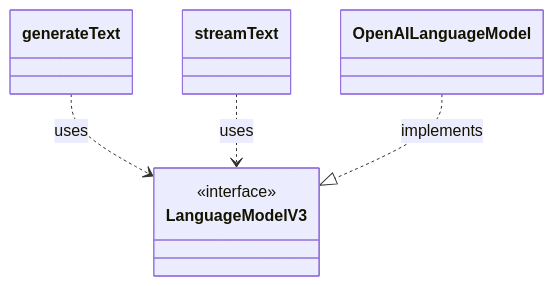
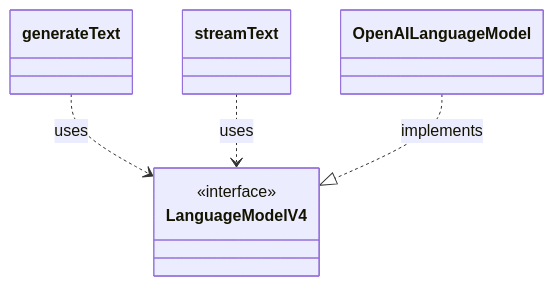
Before and after one commit to vercel/ai: the second of 8 diagrams in architecture/provider-abstraction.md, drawn with Mermaid. The commit also changed other lines of this file and 30 other files, not shown here.

````diff
--- a/architecture/provider-abstraction.md
+++ b/architecture/provider-abstraction.md
@@ -42,13 +42,13 @@
 ```mermaid
 classDiagram
     class generateText
     class streamText
-    class LanguageModelV3 {
+    class LanguageModelV4 {
       <<interface>>
     }
     class OpenAILanguageModel
 
-    generateText ..> LanguageModelV3 : uses
-    streamText ..> LanguageModelV3 : uses
-    OpenAILanguageModel ..|> LanguageModelV3 : implements
+    generateText ..> LanguageModelV4 : uses
+    streamText ..> LanguageModelV4 : uses
+    OpenAILanguageModel ..|> LanguageModelV4 : implements
 ```
````
